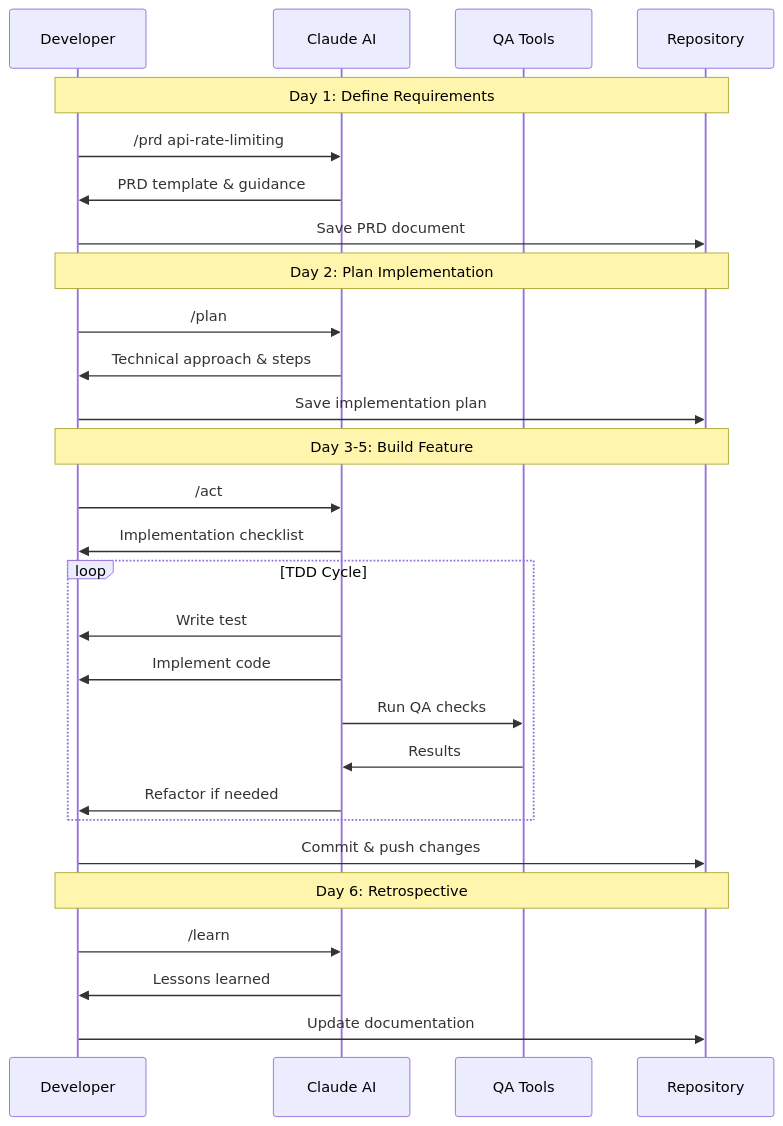
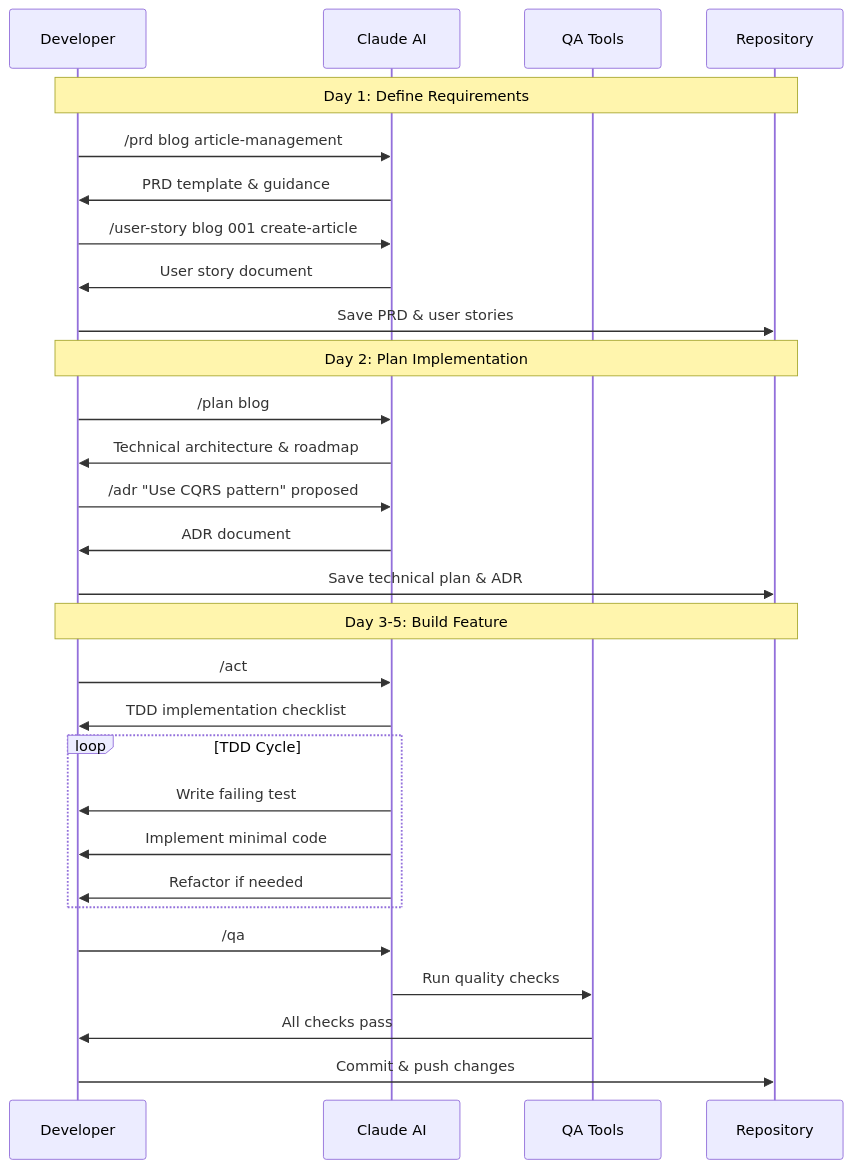
Before and after one commit to pocky/vibe-php: the diagram in docs/agent/workflows/claude-commands.md, drawn with Mermaid. The commit also changed other lines of this file and 62 other files, not shown here.

````diff
--- a/docs/agent/workflows/claude-commands.md
+++ b/docs/agent/workflows/claude-commands.md
@@ -66,34 +104,35 @@
 ```mermaid
 sequenceDiagram
     participant Dev as Developer
     participant AI as Claude AI
     participant Tools as QA Tools
     participant Repo as Repository
     
     Note over Dev,Repo: Day 1: Define Requirements
-    Dev->>AI: /prd api-rate-limiting
+    Dev->>AI: /prd blog article-management
     AI->>Dev: PRD template & guidance
-    Dev->>Repo: Save PRD document
+    Dev->>AI: /user-story blog 001 create-article
+    AI->>Dev: User story document
+    Dev->>Repo: Save PRD & user stories
     
     Note over Dev,Repo: Day 2: Plan Implementation
-    Dev->>AI: /plan
-    AI->>Dev: Technical approach & steps
-    Dev->>Repo: Save implementation plan
+    Dev->>AI: /plan blog
+    AI->>Dev: Technical architecture & roadmap
+    Dev->>AI: /adr "Use CQRS pattern" proposed
+    AI->>Dev: ADR document
+    Dev->>Repo: Save technical plan & ADR
     
     Note over Dev,Repo: Day 3-5: Build Feature
     Dev->>AI: /act
-    AI->>Dev: Implementation checklist
+    AI->>Dev: TDD implementation checklist
     loop TDD Cycle
-        AI->>Dev: Write test
-        AI->>Dev: Implement code
-        AI->>Tools: Run QA checks
-        Tools->>AI: Results
+        AI->>Dev: Write failing test
+        AI->>Dev: Implement minimal code
         AI->>Dev: Refactor if needed
     end
+    
+    Dev->>AI: /qa
+    AI->>Tools: Run quality checks
+    Tools->>Dev: All checks pass
     Dev->>Repo: Commit & push changes
-    
-    Note over Dev,Repo: Day 6: Retrospective
-    Dev->>AI: /learn
-    AI->>Dev: Lessons learned
-    Dev->>Repo: Update documentation
 ```
````
